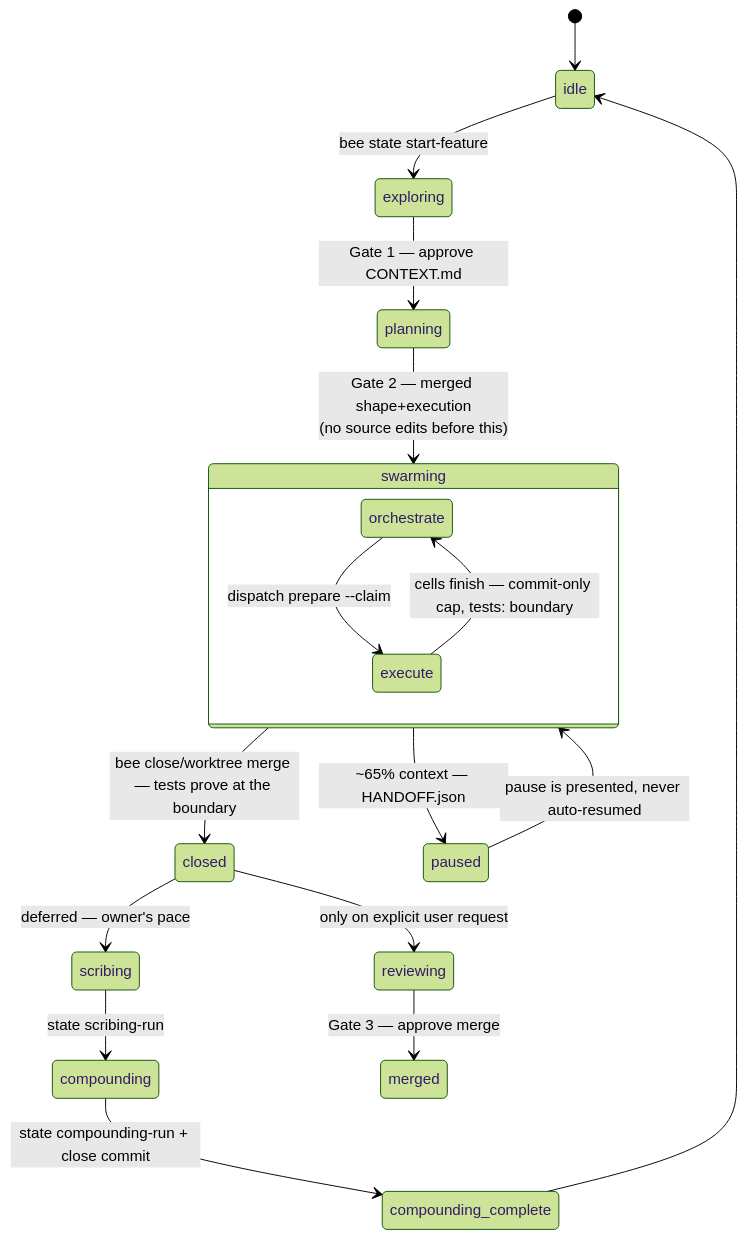
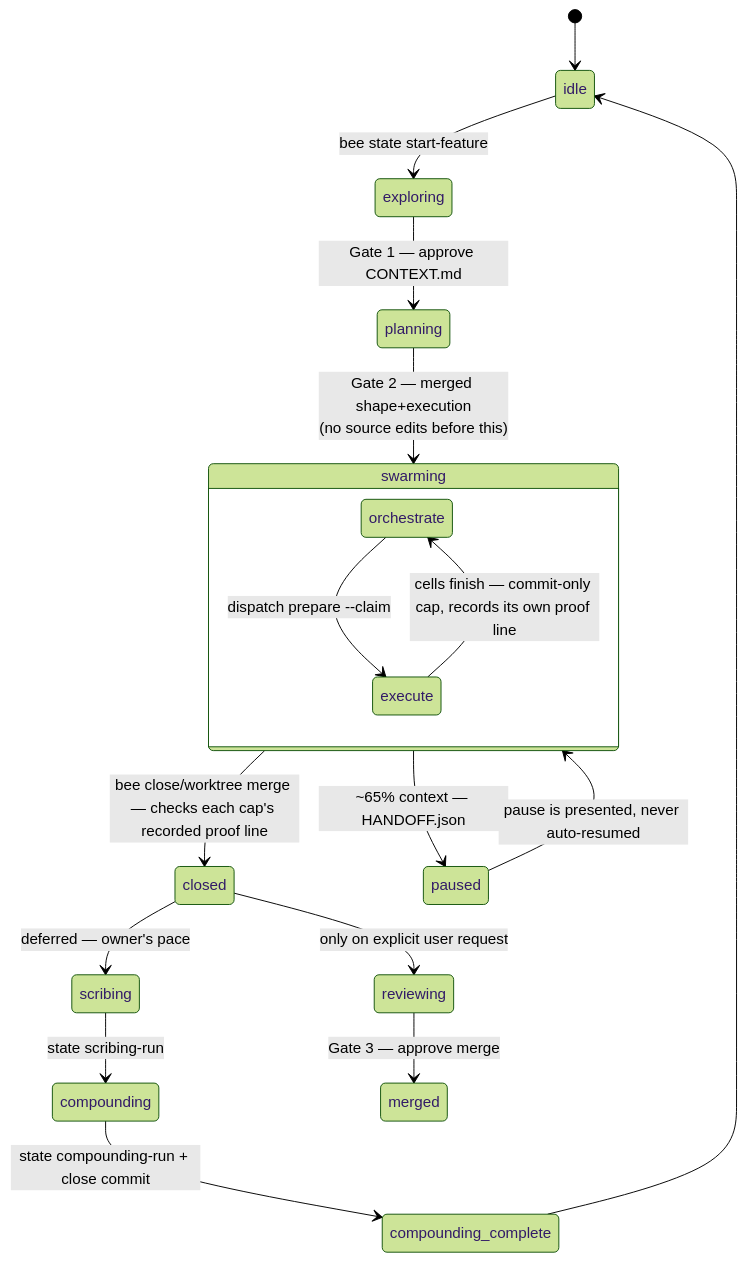
One commit to thanhsmind/beehive changed the second of 6 diagrams in docs/handbook/architecture-map.md. Above: the diagram before and after it, drawn with Mermaid (forest theme). The commit also changed other lines of this file and 5 other files, not shown here.

````diff
--- a/docs/handbook/architecture-map.md
+++ b/docs/handbook/architecture-map.md
@@ -84,22 +84,22 @@
 ```mermaid
 stateDiagram-v2
     direction TB
     [*] --> idle
     idle --> exploring : bee state start-feature
     exploring --> planning : Gate 1 — approve CONTEXT.md
     planning --> swarming : Gate 2 — merged shape+execution<br/>(no source edits before this)
     state swarming {
         direction TB
         orchestrate --> execute : dispatch prepare --claim
-        execute --> orchestrate : cells finish — commit-only cap, tests: boundary
+        execute --> orchestrate : cells finish — commit-only cap, records its own proof line
     }
-    swarming --> closed : bee close/worktree merge — tests prove at the boundary
+    swarming --> closed : bee close/worktree merge — checks each cap's recorded proof line
     closed --> scribing : deferred — owner's pace
     scribing --> compounding : state scribing-run
     compounding --> compounding_complete : state compounding-run + close commit
     compounding_complete --> idle
     closed --> reviewing : only on explicit user request
     reviewing --> merged : Gate 3 — approve merge
     swarming --> paused : ~65% context — HANDOFF.json
     paused --> swarming : pause is presented, never auto-resumed
 ```
````
